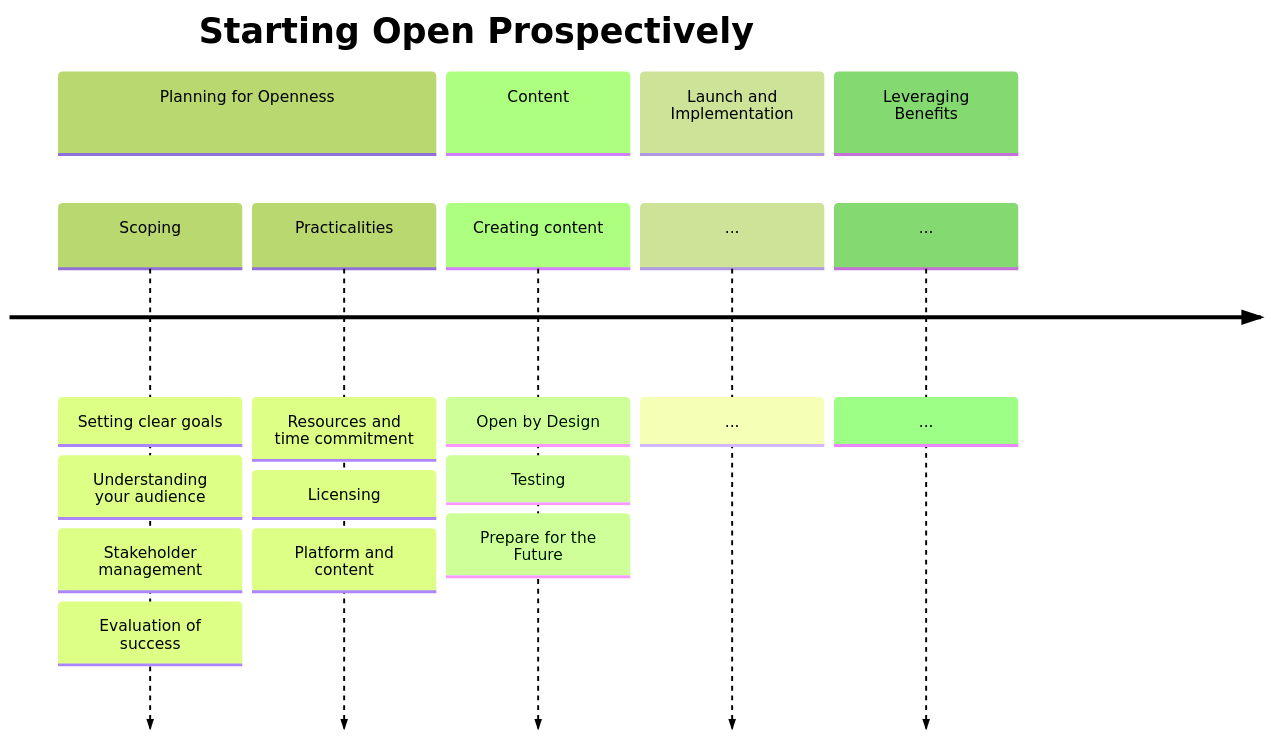
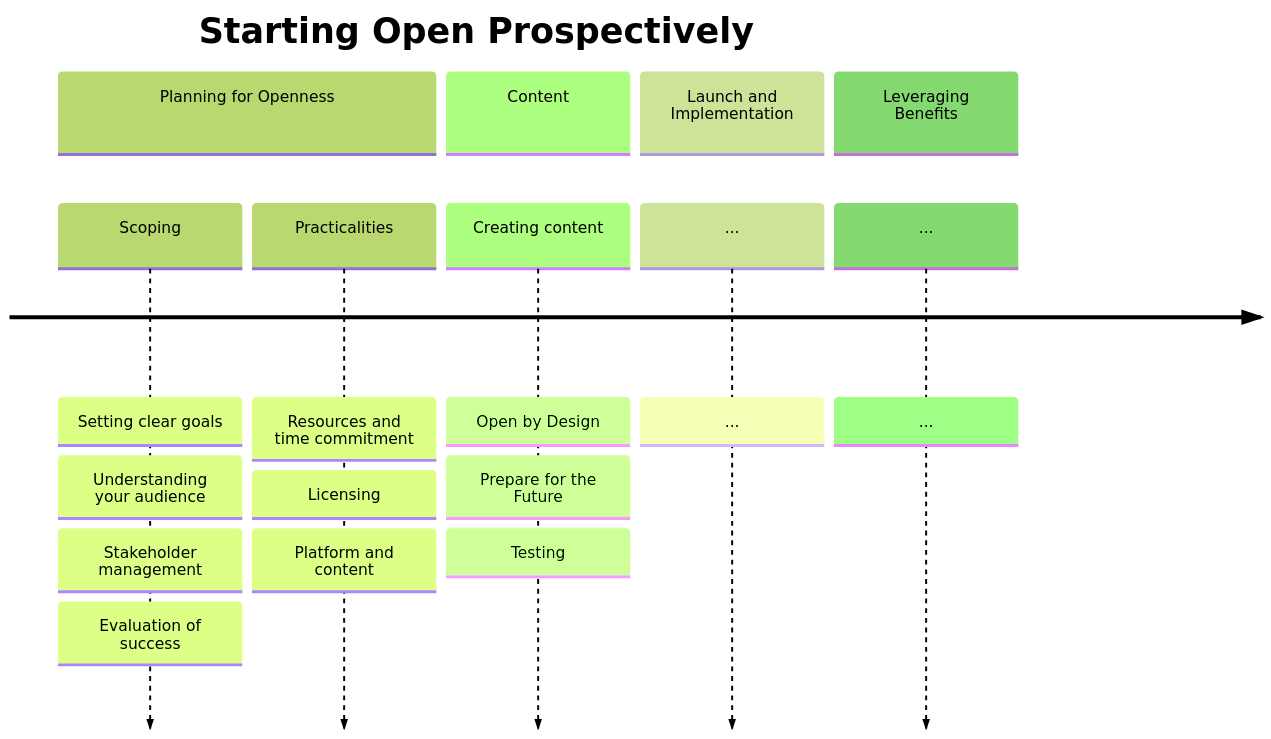
Before and after one commit to gerkovink/openeducationbook: the first of 3 diagrams in content.qmd, drawn with Mermaid (forest theme). The commit also changed other lines of this file and 11 other files, not shown here.

````diff
--- a/content.qmd
+++ b/content.qmd
@@ -107,25 +107,25 @@
 ```{mermaid}
 %%| fig-cap: Mapping the actions that need to be taken to create OER prospectively. Here the actions for the content stage are added to this map. 
 %%| label: fig-planning_for_openness3
 
 timeline
   title Starting Open Prospectively
   section Planning for Openness
     Scoping : Setting clear goals
            : Understanding your audience
            : Stakeholder management
            : Evaluation of success
     Practicalities : Resources and time commitment
                    : Licensing
                    : Platform and content
   section Content
     Creating content: Open by Design
+                    : Prepare for the Future
                     : Testing
-                    : Prepare for the Future
   section Launch and Implementation
     ... : ...
   section Leveraging Benefits
     ... : ...
 
                       
 ```
````
